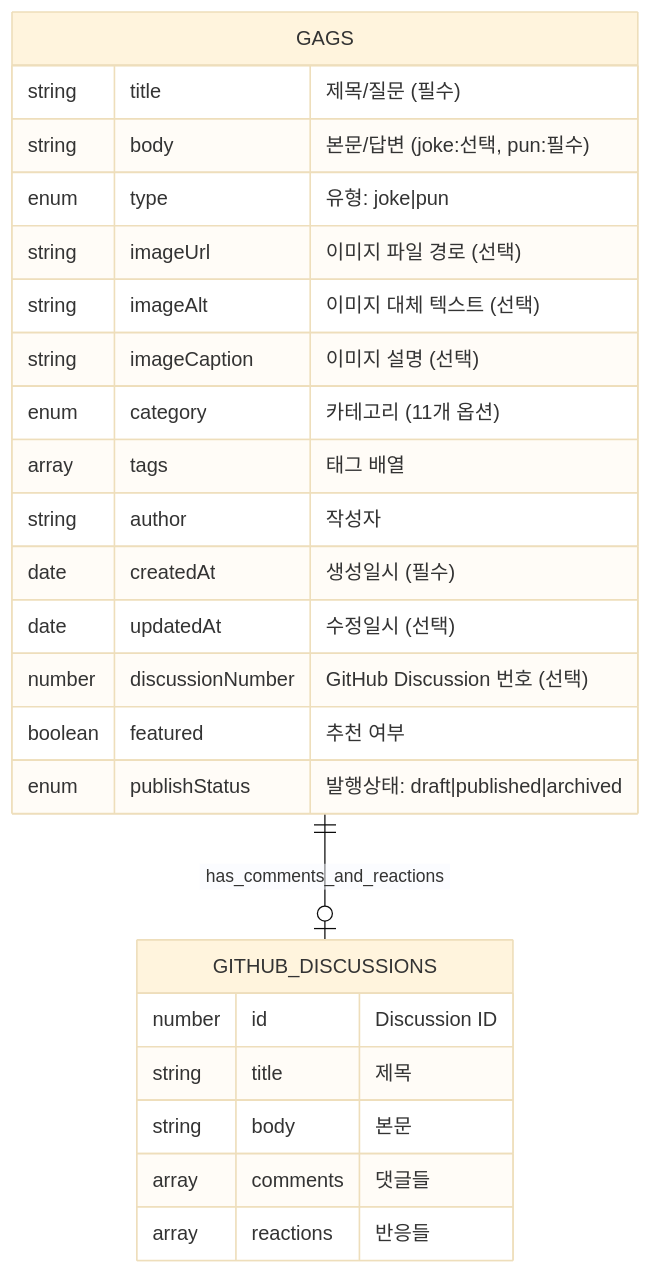
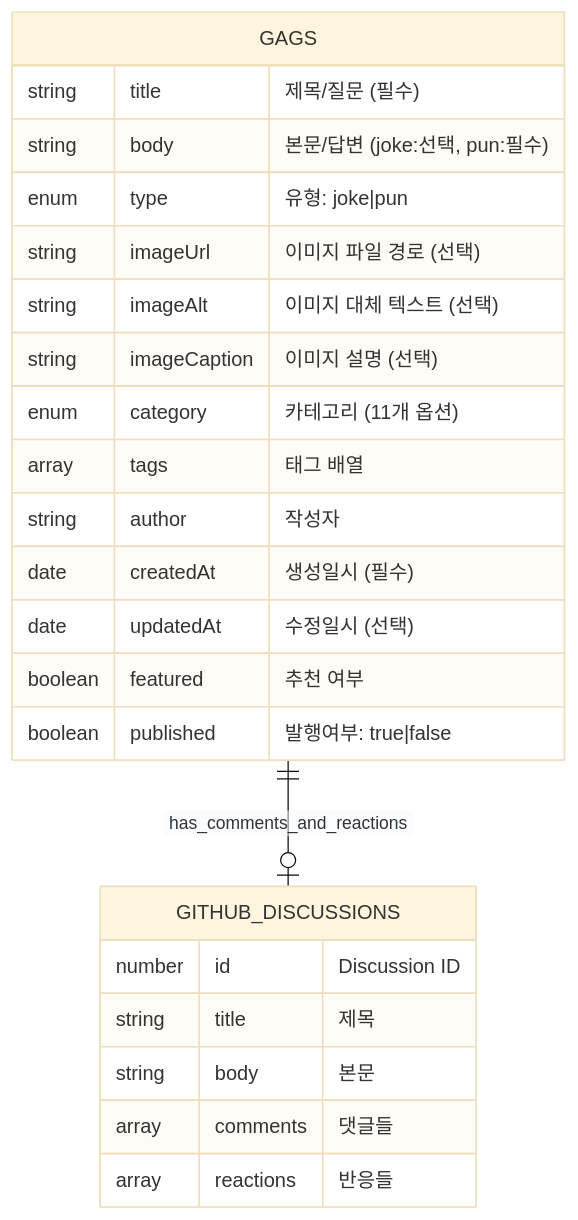
One commit to DaleSeo/AjaeDale changed the diagram in docs/schema-review.md. Above: the diagram before and after it, drawn with Mermaid (base theme). The commit also changed other lines of this file and 65 other files, not shown here.

````diff
--- a/docs/schema-review.md
+++ b/docs/schema-review.md
@@ -5,29 +5,28 @@
 ```mermaid
 erDiagram
     GAGS {
         string title "제목/질문 (필수)"
         string body "본문/답변 (joke:선택, pun:필수)"
         enum type "유형: joke|pun"
         string imageUrl "이미지 파일 경로 (선택)"
         string imageAlt "이미지 대체 텍스트 (선택)"
         string imageCaption "이미지 설명 (선택)"
         enum category "카테고리 (11개 옵션)"
         array tags "태그 배열"
         string author "작성자"
         date createdAt "생성일시 (필수)"
         date updatedAt "수정일시 (선택)"
-        number discussionNumber "GitHub Discussion 번호 (선택)"
         boolean featured "추천 여부"
-        enum publishStatus "발행상태: draft|published|archived"
+        boolean published "발행여부: true|false"
     }
 
     GITHUB_DISCUSSIONS {
         number id "Discussion ID"
         string title "제목"
         string body "본문"
         array comments "댓글들"
         array reactions "반응들"
     }
 
     GAGS ||--o| GITHUB_DISCUSSIONS : "has_comments_and_reactions"
 ```
````
